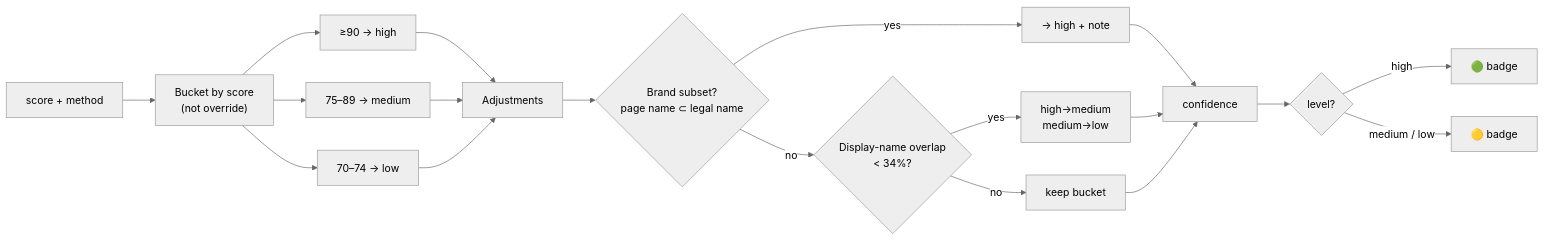
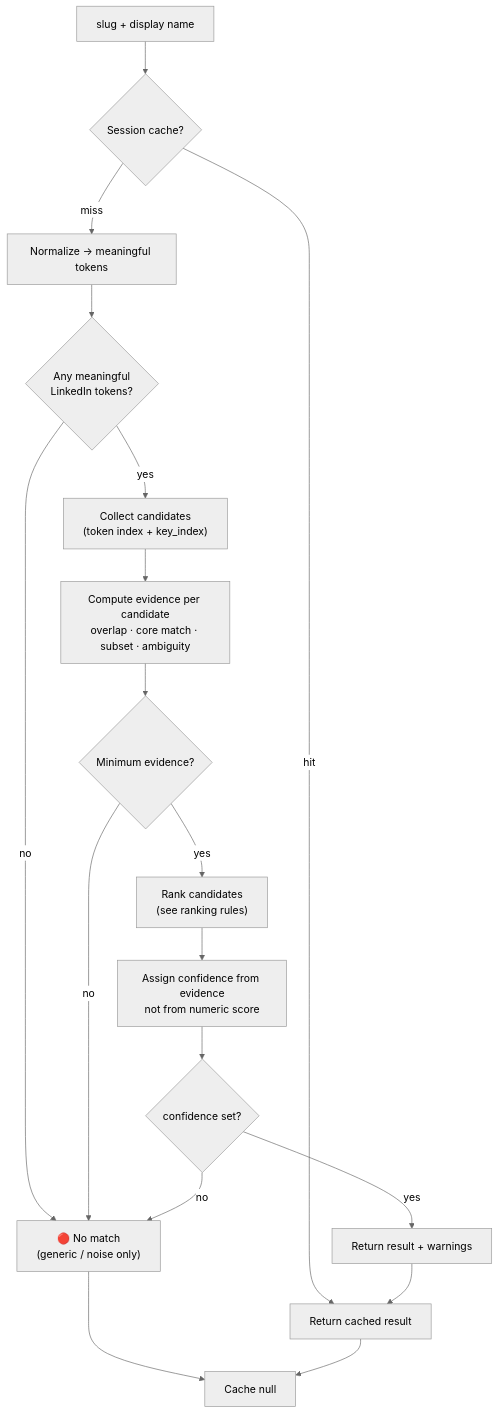
One commit to nicole732470/joblens changed the third of 8 diagrams in README.md. Above: the diagram before and after it, drawn with Mermaid (neutral theme). The commit also changed other lines of this file and 7 other files, not shown here.

````diff
--- a/README.md
+++ b/README.md
@@ -191,21 +120,22 @@
 ```mermaid
-flowchart LR
-  IN["score + method"] --> B["Bucket by score\n(not override)"]
-  B --> B90["≥90 → high"]
-  B --> B75["75–89 → medium"]
-  B --> B70["70–74 → low"]
-  B90 --> ADJ
-  B75 --> ADJ
-  B70 --> ADJ["Adjustments"]
-  ADJ --> BR{"Brand subset?\npage name ⊂ legal name"}
-  BR -->|yes| HI["→ high + note"]
-  BR -->|no| OV{"Display-name overlap\n< 34%?"}
-  OV -->|yes| DOWN["high→medium\nmedium→low"]
-  OV -->|no| KEEP["keep bucket"]
-  HI --> OUT
-  DOWN --> OUT
-  KEEP --> OUT["confidence"]
-  OUT --> G{"level?"}
-  G -->|high| GREEN["🟢 badge"]
-  G -->|medium / low| YELLOW["🟡 badge"]
+flowchart TD
+  IN["slug + display name"] --> CACHE{"Session cache?"}
+  CACHE -->|hit| OUT["Return cached result"]
+  CACHE -->|miss| NORM["Normalize → meaningful tokens"]
+
+  NORM --> EMPTY{"Any meaningful\nLinkedIn tokens?"}
+  EMPTY -->|no| RED["🔴 No match\n(generic / noise only)"]
+  EMPTY -->|yes| CAND["Collect candidates\n(token index + key_index)"]
+
+  CAND --> EVID["Compute evidence per candidate\noverlap · core match · subset · ambiguity"]
+  EVID --> MIN{"Minimum evidence?"}
+  MIN -->|no| RED
+  MIN -->|yes| RANK["Rank candidates\n(see ranking rules)"]
+  RANK --> CONF["Assign confidence from evidence\nnot from numeric score"]
+  CONF --> NONE{"confidence set?"}
+  NONE -->|no| RED
+  NONE -->|yes| BADGE["Return result + warnings"]
+  BADGE --> OUT
+  RED --> CACHE2["Cache null"]
+  OUT --> CACHE2
 ```
````
